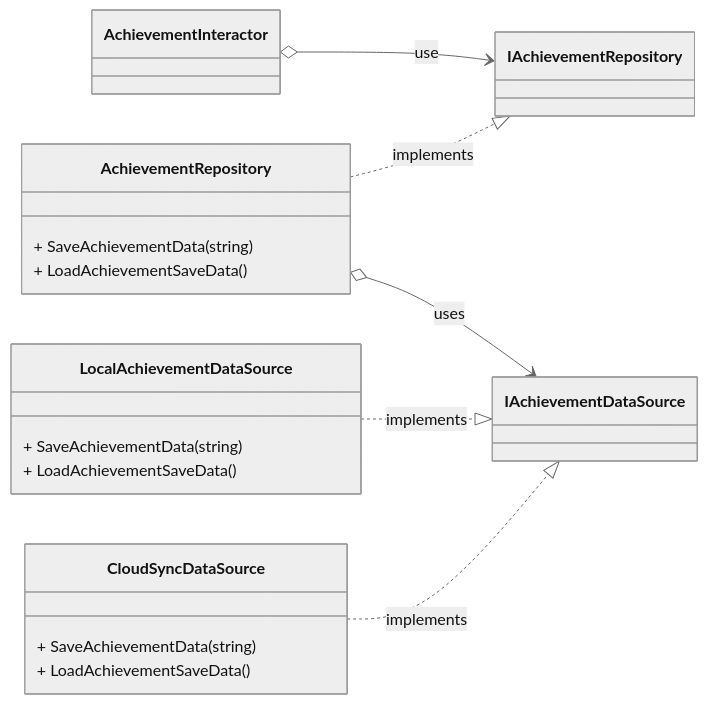
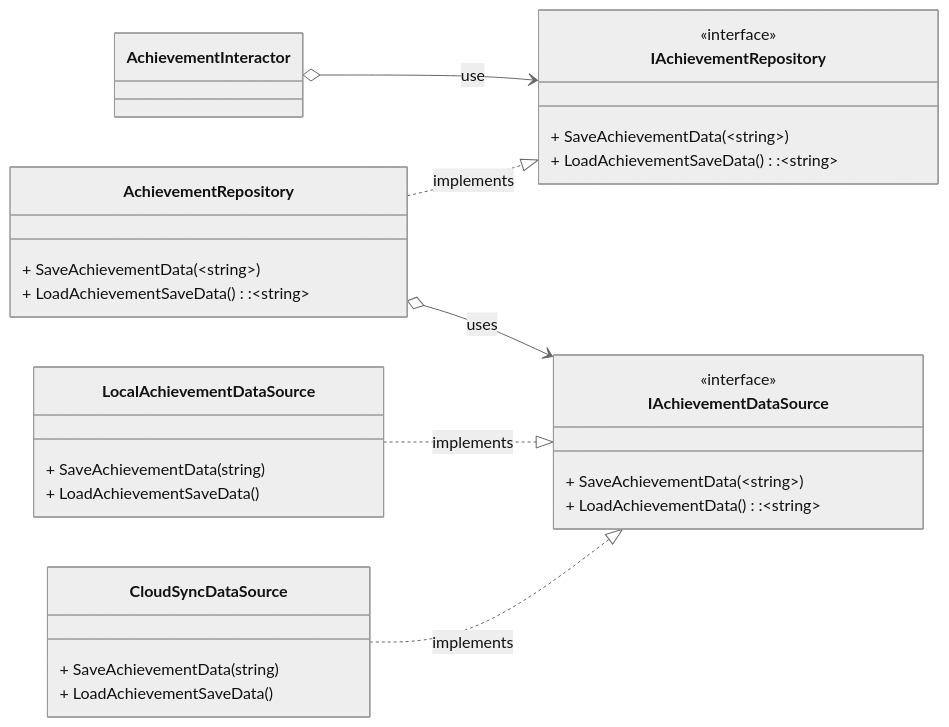
Before and after one commit to CosmicGiantKoala/CosmicGiantKoala.github.io: the fourth of 6 diagrams in content/docs/Projects/SlimeRush/AchievementSystem/Overview.md, drawn with Mermaid (neutral theme). The commit also changed other lines of this file and 21 other files, not shown here.

````diff
--- a/content/docs/Projects/SlimeRush/AchievementSystem/Overview.md
+++ b/content/docs/Projects/SlimeRush/AchievementSystem/Overview.md
@@ -317,24 +243,35 @@
 ```mermaid
 classDiagram
     direction LR
+    class IAchievementRepository {
+        <<interface>>
+        + SaveAchievementData(~string~)
+        + LoadAchievementSaveData():~string~
+    }
     class AchievementRepository {
-        + SaveAchievementData(string)
-        + LoadAchievementSaveData()
+        + SaveAchievementData(~string~)
+        + LoadAchievementSaveData():~string~
+    }
+    
+    class IAchievementDataSource{
+        <<interface>>
+        + SaveAchievementData(~string~)
+        + LoadAchievementData():~string~
     }
 
     class LocalAchievementDataSource {
         + SaveAchievementData(string)
         + LoadAchievementSaveData()
     }
 
     class CloudSyncDataSource {
         + SaveAchievementData(string)
         + LoadAchievementSaveData()
     }
 
     AchievementInteractor o--> IAchievementRepository : use
     AchievementRepository ..|> IAchievementRepository: implements
     AchievementRepository o--> IAchievementDataSource: uses
     LocalAchievementDataSource ..|> IAchievementDataSource: implements
     CloudSyncDataSource ..|> IAchievementDataSource: implements
 ```
````
